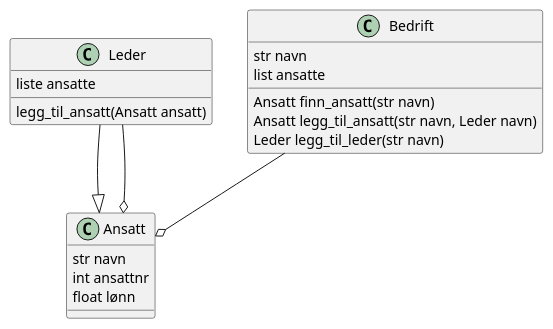
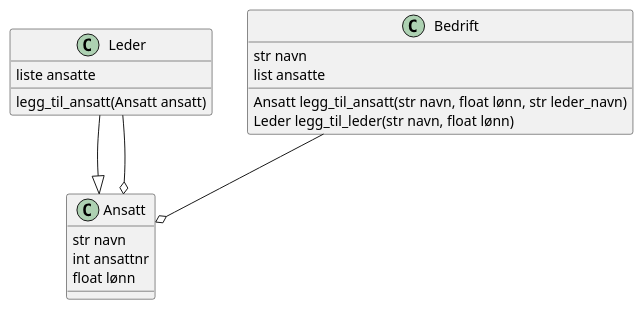
One commit to johanhake/it2-opppgave-bedrift changed the diagram in doc/bedrift.plantuml. Above: the diagram before and after it, drawn with PlantUML.

Commit message:
Fikset enda mer på APIet!

```diff
--- a/doc/bedrift.plantuml
+++ b/doc/bedrift.plantuml
@@ -1,27 +1,26 @@
 @startuml nisser
 
 class Ansatt{
     str navn
     int ansattnr
     float lønn
 }
 
 class Leder{
     liste ansatte
     legg_til_ansatt(Ansatt ansatt)
 }
 
 class Bedrift{
     str navn
     list ansatte
-    Ansatt finn_ansatt(str navn)
-    Ansatt legg_til_ansatt(str navn, Leder navn)
-    Leder legg_til_leder(str navn)
+    Ansatt legg_til_ansatt(str navn, float lønn, str leder_navn)
+    Leder legg_til_leder(str navn, float lønn)
 }
 
 
 Leder --|> Ansatt
 Leder --o Ansatt
 Bedrift --o Ansatt
 
 @enduml
```
